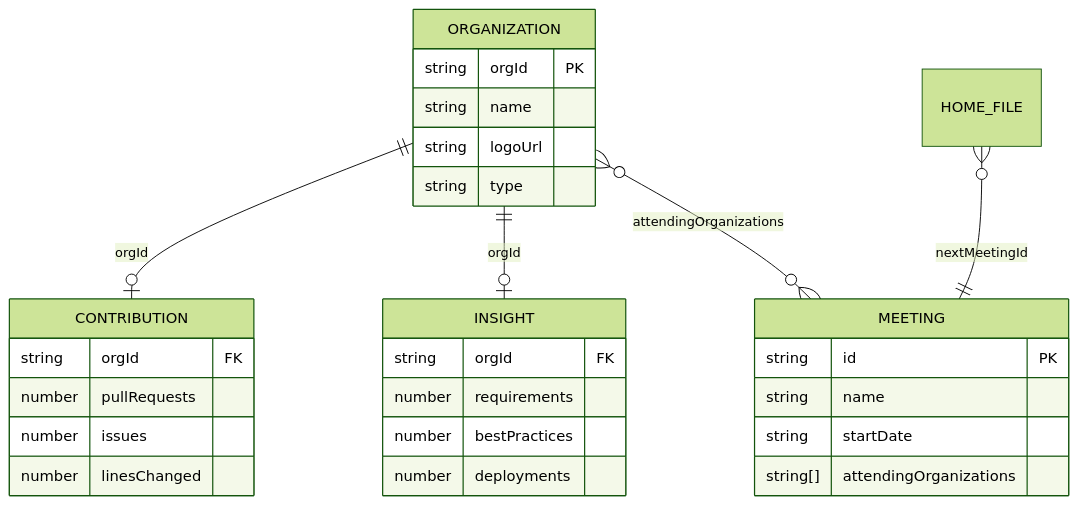
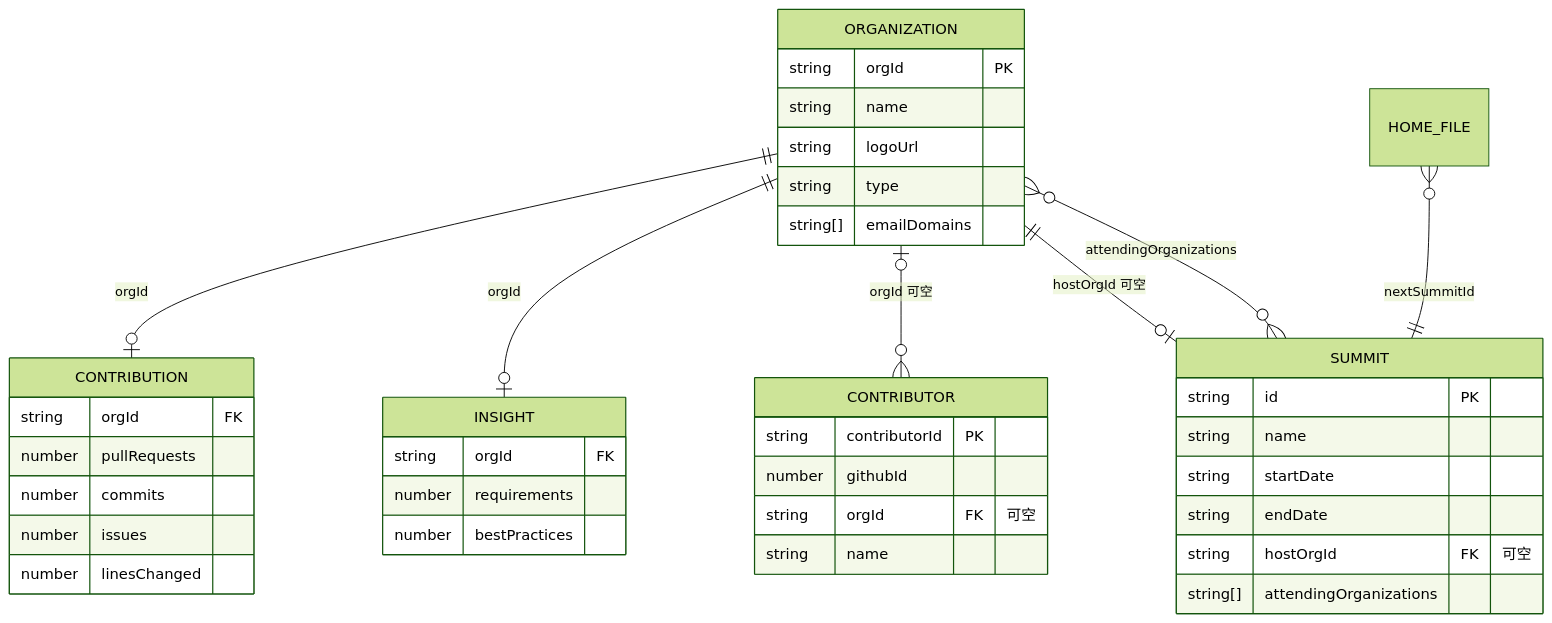
One commit to XunliYang/openan-operation-insights changed the diagram in docs/04-data-and-api-contract.md. Above: the diagram before and after it, drawn with Mermaid (forest theme). The commit also changed other lines of this file and 152 other files, not shown here.

````diff
--- a/docs/04-data-and-api-contract.md
+++ b/docs/04-data-and-api-contract.md
@@ -38,32 +39,43 @@
 ```mermaid
 erDiagram
   ORGANIZATION ||--o| CONTRIBUTION : "orgId"
   ORGANIZATION ||--o| INSIGHT : "orgId"
-  ORGANIZATION }o--o{ MEETING : "attendingOrganizations"
-  HOME_FILE }o--|| MEETING : "nextMeetingId"
+  ORGANIZATION |o--o{ CONTRIBUTOR : "orgId 可空"
+  ORGANIZATION ||--o| SUMMIT : "hostOrgId 可空"
+  ORGANIZATION }o--o{ SUMMIT : "attendingOrganizations"
+  HOME_FILE }o--|| SUMMIT : "nextSummitId"
 
   ORGANIZATION {
     string orgId PK
     string name
     string logoUrl
     string type
+    string[] emailDomains
   }
   CONTRIBUTION {
     string orgId FK
     number pullRequests
+    number commits
     number issues
     number linesChanged
   }
   INSIGHT {
     string orgId FK
     number requirements
     number bestPractices
-    number deployments
   }
-  MEETING {
+  CONTRIBUTOR {
+    string contributorId PK
+    number githubId
+    string orgId FK "可空"
+    string name
+  }
+  SUMMIT {
     string id PK
     string name
     string startDate
+    string endDate
+    string hostOrgId FK "可空"
     string[] attendingOrganizations
   }
 ```
````
